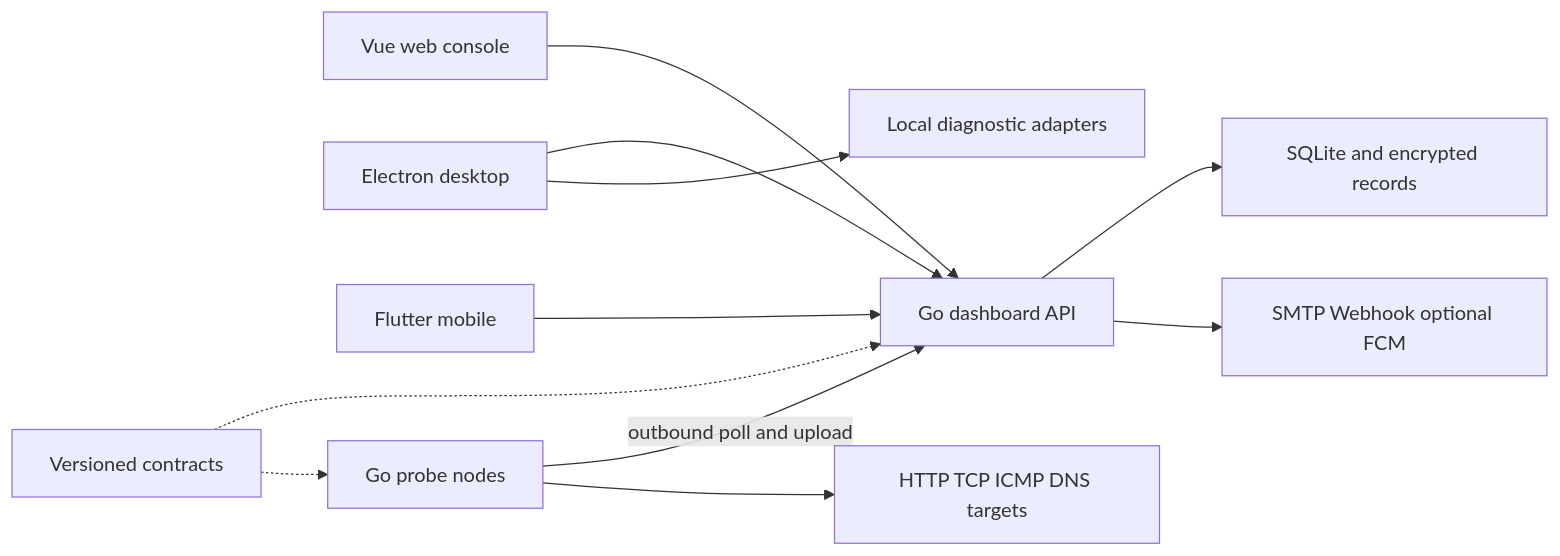
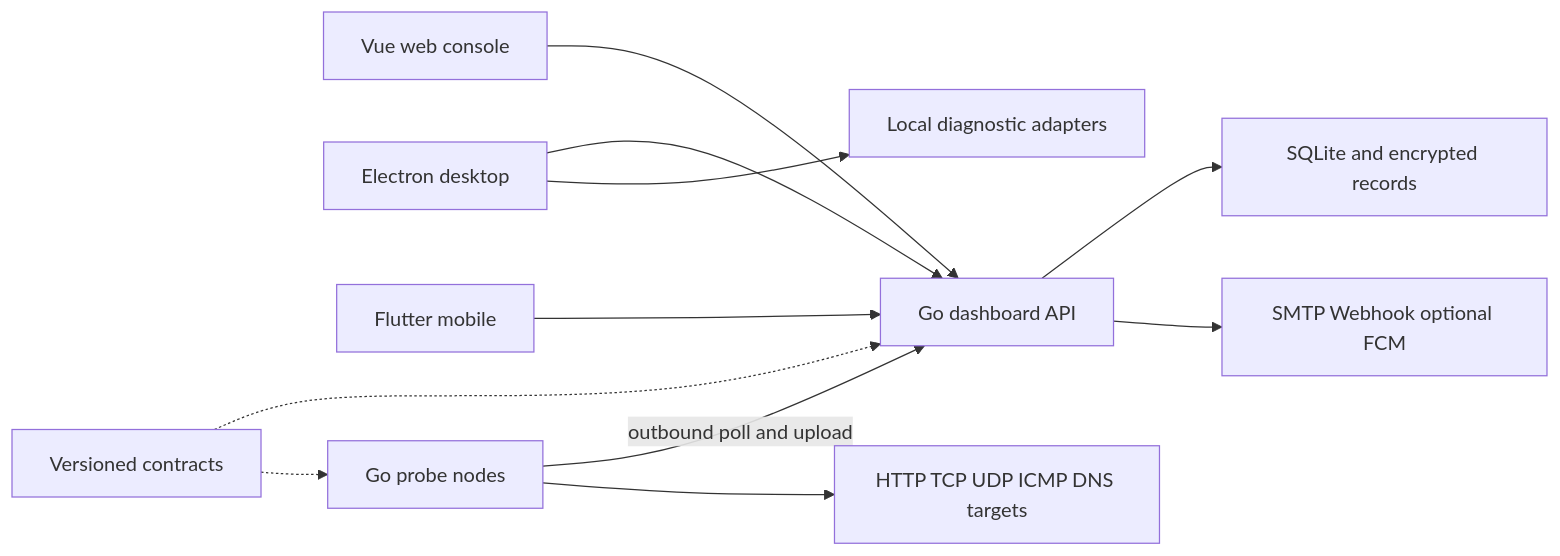
One commit to sihuangtech/probelune changed the diagram in docs/ARCHITECTURE.md. Above: the diagram before and after it, drawn with Mermaid. The commit also changed other lines of this file and 6 other files, not shown here.

````diff
--- a/docs/ARCHITECTURE.md
+++ b/docs/ARCHITECTURE.md
@@ -3,13 +3,13 @@
 ```mermaid
 flowchart LR
   Web[Vue web console] --> API[Go dashboard API]
   Desktop[Electron desktop] --> API
   Mobile[Flutter mobile] --> API
   Desktop --> Local[Local diagnostic adapters]
   Nodes[Go probe nodes] -->|outbound poll and upload| API
-  Nodes --> Targets[HTTP TCP ICMP DNS targets]
+  Nodes --> Targets[HTTP TCP UDP ICMP DNS targets]
   API --> DB[SQLite and encrypted records]
   API --> Notify[SMTP Webhook optional FCM]
   Contracts[Versioned contracts] -.-> API
   Contracts -.-> Nodes
 ```
````
